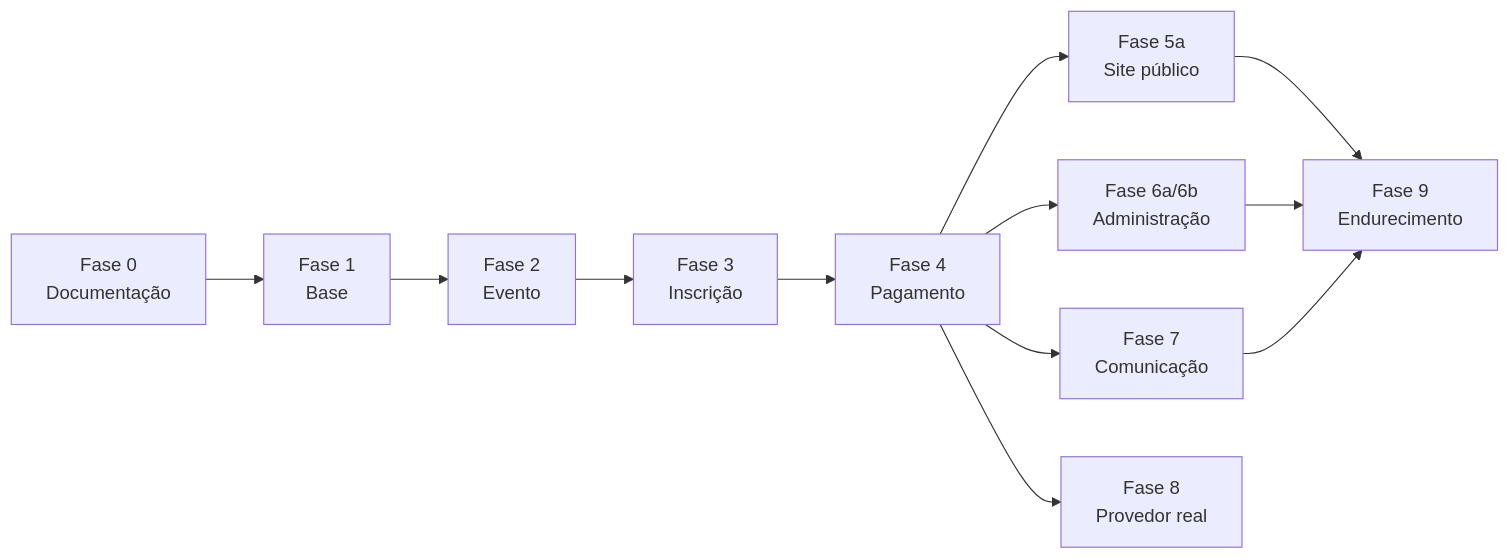
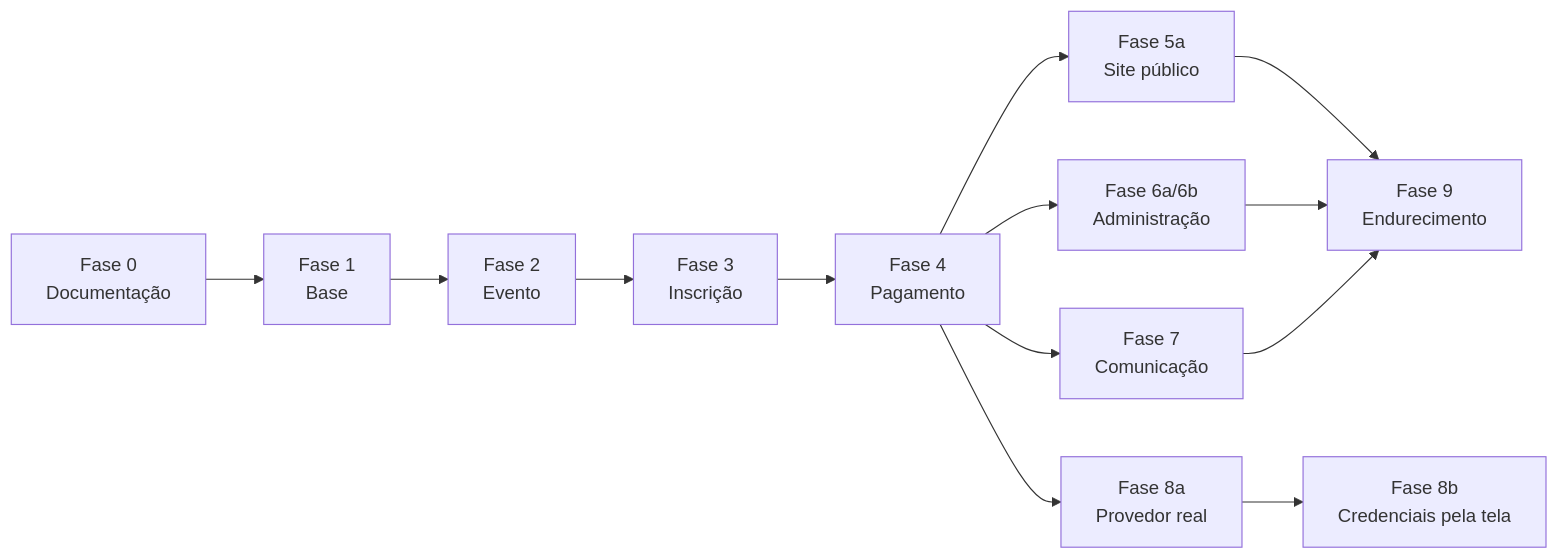
Before and after one commit to walberjefferson/gerenciador_eventos_ccc: the diagram in docs/IMPLEMENTATION_PLAN.md, drawn with Mermaid. The commit also changed other lines of this file and 4 other files, not shown here.

````diff
--- a/docs/IMPLEMENTATION_PLAN.md
+++ b/docs/IMPLEMENTATION_PLAN.md
@@ -285,14 +297,15 @@
 ```mermaid
 flowchart LR
     F0[Fase 0<br/>Documentação] --> F1[Fase 1<br/>Base]
     F1 --> F2[Fase 2<br/>Evento]
     F2 --> F3[Fase 3<br/>Inscrição]
     F3 --> F4[Fase 4<br/>Pagamento]
     F4 --> F5[Fase 5a<br/>Site público]
     F4 --> F6[Fase 6a/6b<br/>Administração]
     F4 --> F7[Fase 7<br/>Comunicação]
-    F4 --> F8[Fase 8<br/>Provedor real]
+    F4 --> F8[Fase 8a<br/>Provedor real]
+    F8 --> F8B[Fase 8b<br/>Credenciais pela tela]
     F5 --> F9[Fase 9<br/>Endurecimento]
     F6 --> F9
     F7 --> F9
 ```
````
